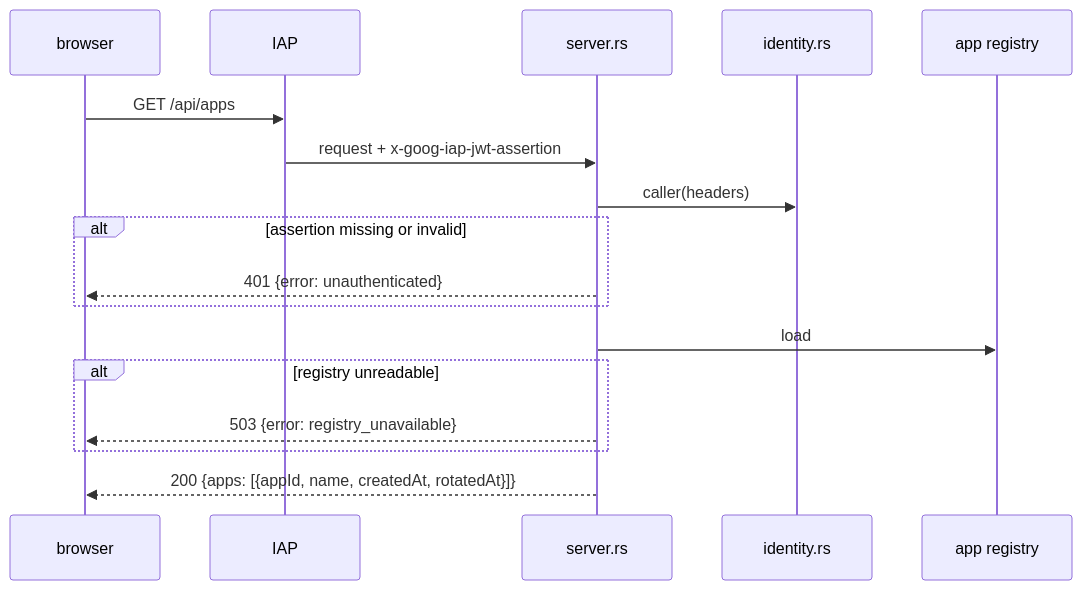
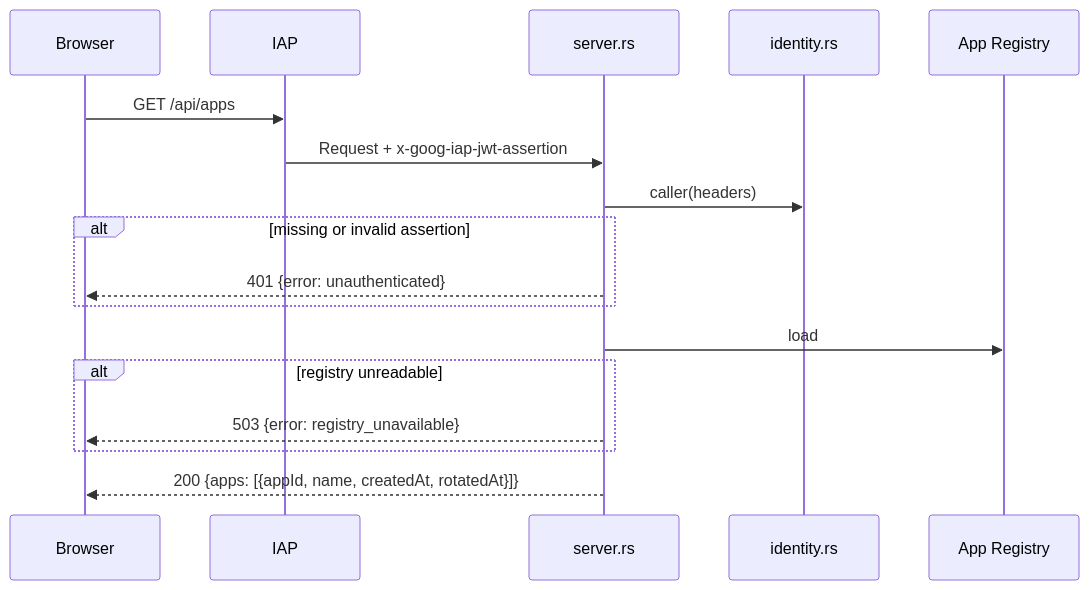
One commit to nttcom/moq-wasm changed the diagram in docs/architecture/console/architecture.md. Above: the diagram before and after it, drawn with Mermaid. The commit also changed other lines of this file and 99 other files, not shown here.

Commit message:
docs(architecture): simplify architecture docs for readability (#2021)

````diff
--- a/docs/architecture/console/architecture.md
+++ b/docs/architecture/console/architecture.md
@@ -33,19 +39,19 @@
 ```mermaid
 sequenceDiagram
-    participant B as browser
+    participant B as Browser
     participant I as IAP
     participant S as server.rs
     participant D as identity.rs
-    participant R as app registry
+    participant R as App Registry
     B->>I: GET /api/apps
-    I->>S: request + x-goog-iap-jwt-assertion
+    I->>S: Request + x-goog-iap-jwt-assertion
     S->>D: caller(headers)
-    alt assertion missing or invalid
+    alt missing or invalid assertion
         S-->>B: 401 {error: unauthenticated}
     end
     S->>R: load
     alt registry unreadable
         S-->>B: 503 {error: registry_unavailable}
     end
     S-->>B: 200 {apps: [{appId, name, createdAt, rotatedAt}]}
 ```
````
